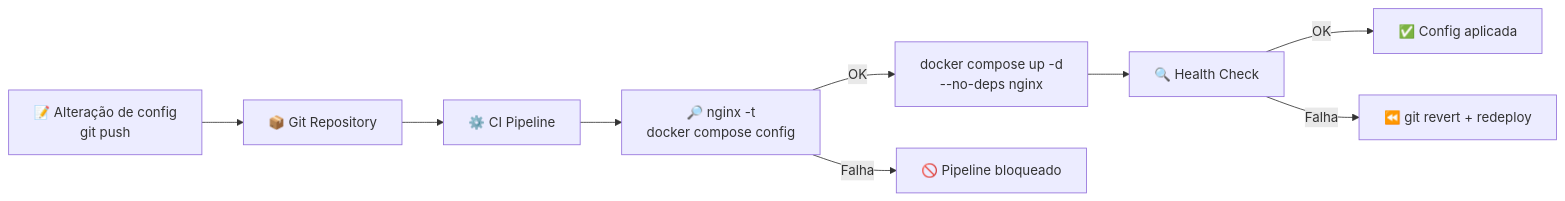
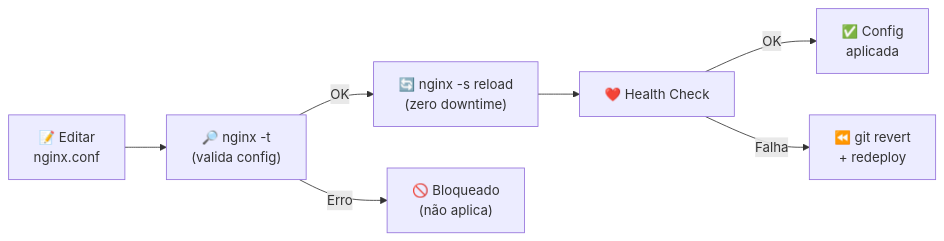
One commit to wilsongomes345/to-brasil changed the sixth of 6 diagrams in docs/architecture.md. Above: the diagram before and after it, drawn with Mermaid. The commit also changed other lines of this file and 10 other files, not shown here.

````diff
--- a/docs/architecture.md
+++ b/docs/architecture.md
@@ -87,11 +155,9 @@
 ```mermaid
 flowchart LR
-    Config["📝 Alteração de config\ngit push"] --> Repo["📦 Git Repository"]
-    Repo --> CI["⚙️ CI Pipeline"]
-    CI --> Validate["🔎 nginx -t\ndocker compose config"]
-    Validate -->|OK| Deploy["docker compose up -d\n--no-deps nginx"]
-    Validate -->|Falha| Block["🚫 Pipeline bloqueado"]
-    Deploy --> Health["🔍 Health Check"]
-    Health -->|OK| Done["✅ Config aplicada"]
-    Health -->|Falha| Rollback["⏪ git revert + redeploy"]
+    Cfg["📝 Editar\nnginx.conf"] --> Val["🔎 nginx -t\n(valida config)"]
+    Val -->|"OK"| Reload["🔄 nginx -s reload\n(zero downtime)"]
+    Val -->|"Erro"| Block["🚫 Bloqueado\n(não aplica)"]
+    Reload --> Health["❤️ Health Check"]
+    Health -->|"OK"| Done["✅ Config\naplicada"]
+    Health -->|"Falha"| Revert["⏪ git revert\n+ redeploy"]
 ```
````
